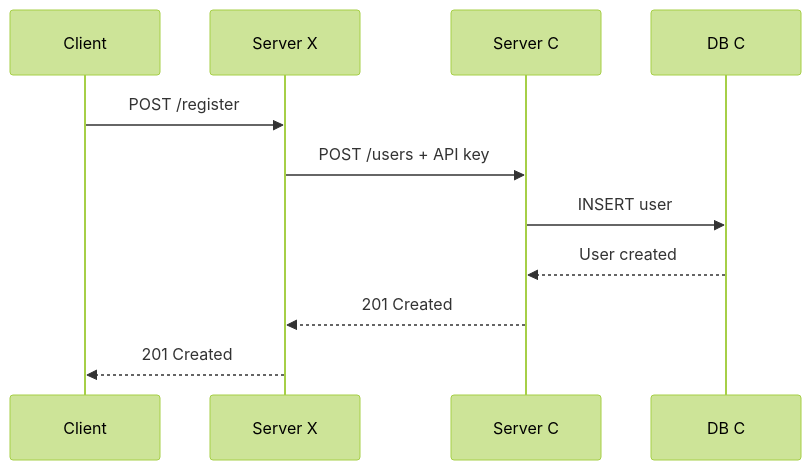
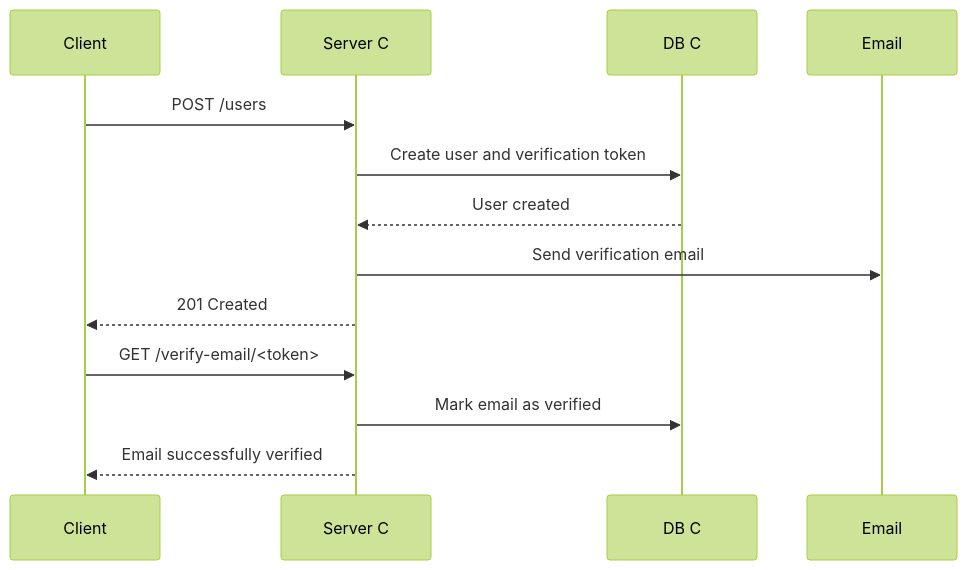
One commit to RusiaL/backend-cloud-assignment changed the fourth of 7 diagrams in README.md. Above: the diagram before and after it, drawn with Mermaid (forest theme). The commit also changed other lines of this file, not shown here.

````diff
--- a/README.md
+++ b/README.md
@@ -167,14 +176,16 @@
 ```mermaid
 sequenceDiagram
     participant Client
-    participant X as Server X
     participant C as Server C
     participant DB as DB C
+    participant Email
 
-    Client->>X: POST /register
-    X->>C: POST /users + API key
-    C->>DB: INSERT user
+    Client->>C: POST /users
+    C->>DB: Create user and verification token
     DB-->>C: User created
-    C-->>X: 201 Created
-    X-->>Client: 201 Created
+    C->>Email: Send verification email
+    C-->>Client: 201 Created
+    Client->>C: GET /verify-email/<token>
+    C->>DB: Mark email as verified
+    C-->>Client: Email successfully verified
 ```
````
